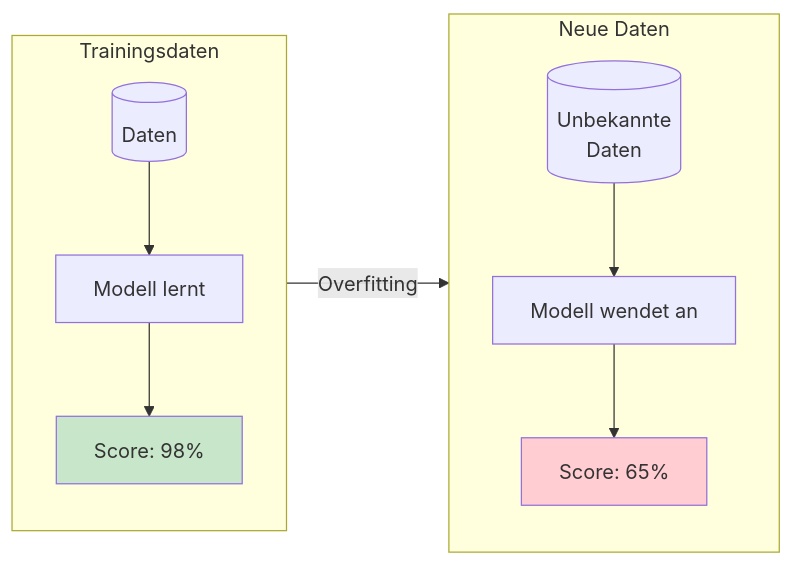
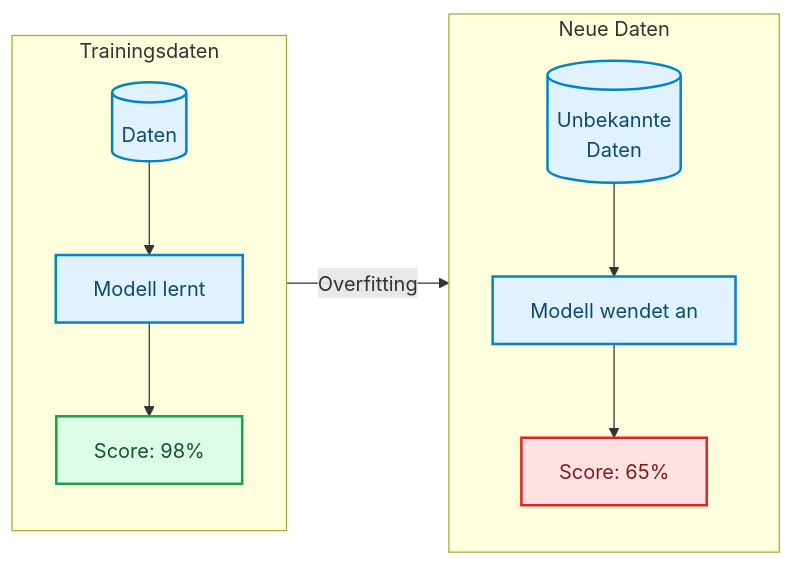
One commit to ralf-42/ML_Intro changed the first of 7 diagrams in docs/concepts/evaluate/overfitting.md. Above: the diagram before and after it, drawn with Mermaid. The commit also changed other lines of this file and 67 other files, not shown here.

````diff
--- a/docs/concepts/evaluate/overfitting.md
+++ b/docs/concepts/evaluate/overfitting.md
@@ -31,21 +31,24 @@
 ```mermaid
 flowchart LR
     subgraph training["Trainingsdaten"]
         T1[("Daten")]
         T2["Modell lernt"]
         T3["Score: 98%"]
         T1 --> T2 --> T3
     end
     
     subgraph test["Neue Daten"]
         N1[("Unbekannte<br/>Daten")]
         N2["Modell wendet an"]
         N3["Score: 65%"]
         N1 --> N2 --> N3
     end
     
     training --> |"Overfitting"| test
-    
-    style T3 fill:#c8e6c9
-    style N3 fill:#ffcdd2
+
+    classDef default fill:#e0f2fe,stroke:#0284c7,stroke-width:2px,color:#0c4a6e;
+    classDef output fill:#dcfce7,stroke:#16a34a,stroke-width:2px,color:#14532d;
+    classDef stop fill:#fee2e2,stroke:#dc2626,stroke-width:2px,color:#7f1d1d;
+    class T3 output;
+    class N3 stop;
 ```
````
